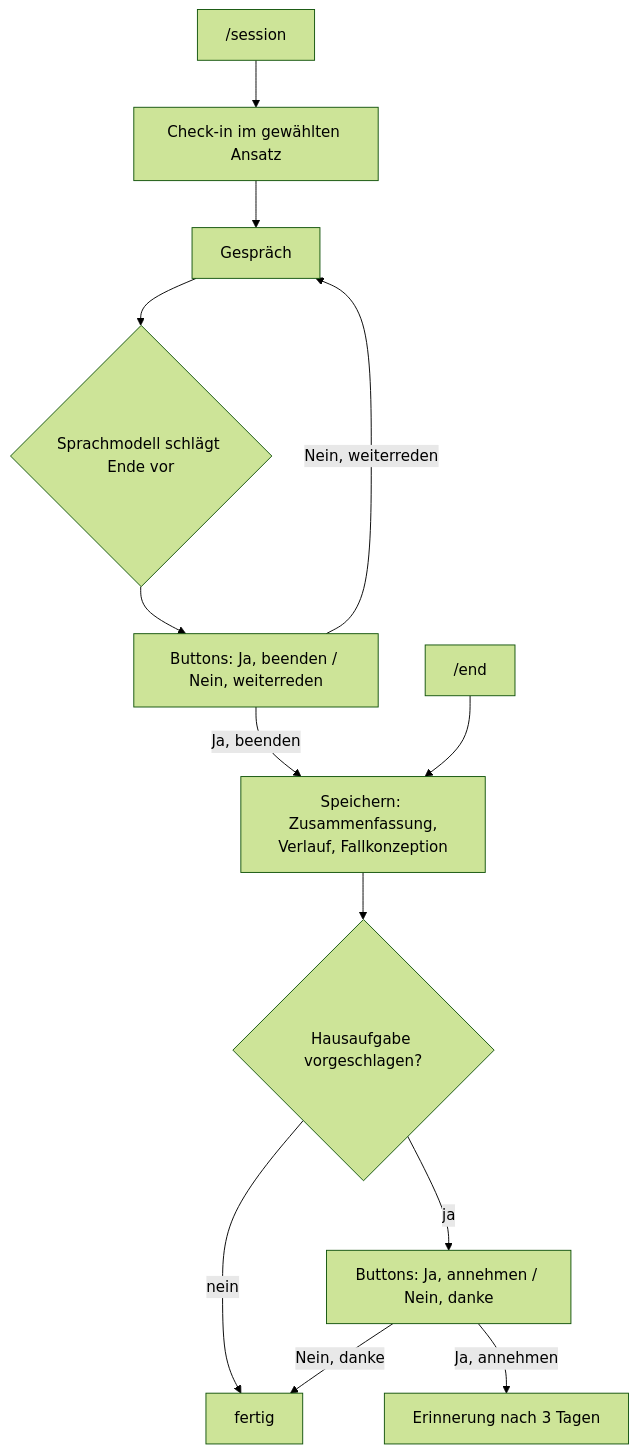
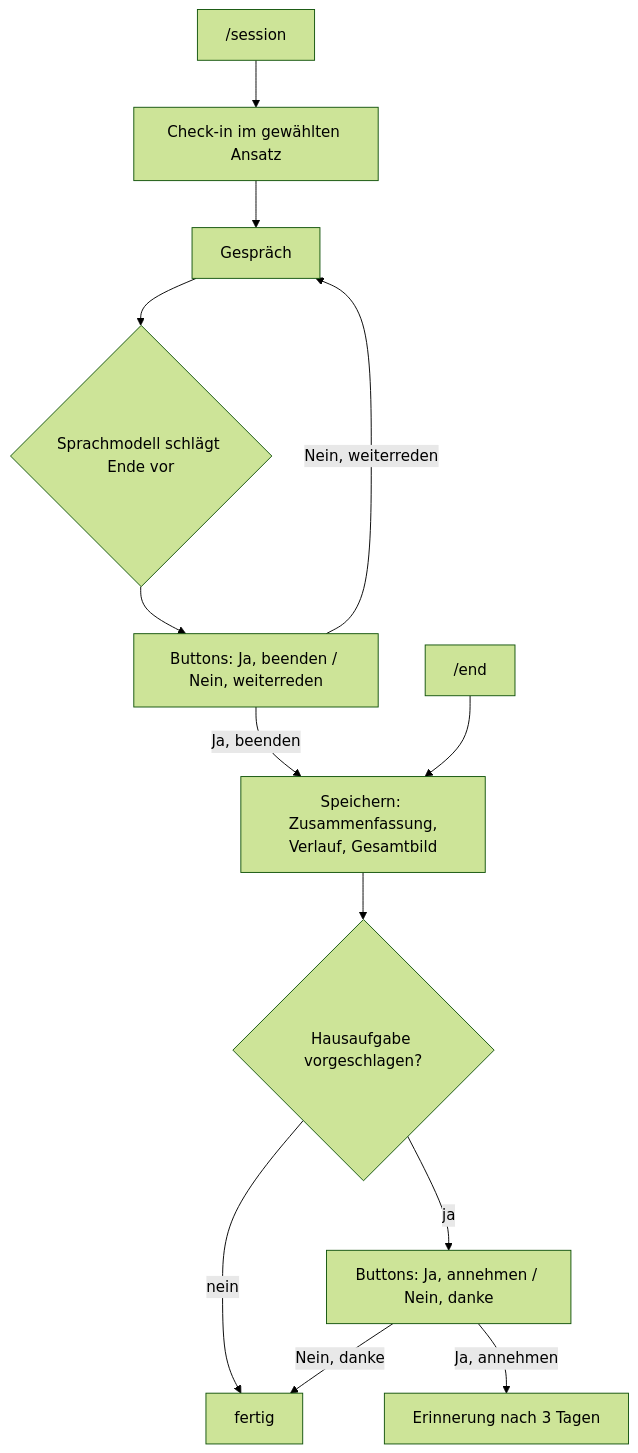
One commit to BlackMagicCoder/self-reflection-bot changed the second of 5 diagrams in README.md. Above: the diagram before and after it, drawn with Mermaid (forest theme). The commit also changed other lines of this file and 5 other files, not shown here.

````diff
--- a/README.md
+++ b/README.md
@@ -68,15 +68,15 @@
 ```mermaid
 flowchart TD
     S["/session"] --> CI["Check-in im gewählten Ansatz"]
     CI --> G["Gespräch"]
     G --> V{"Sprachmodell schlägt Ende vor"}
     V --> Q["Buttons: Ja, beenden / Nein, weiterreden"]
     Q -->|"Nein, weiterreden"| G
-    Q -->|"Ja, beenden"| F["Speichern: Zusammenfassung,<br/>Verlauf, Fallkonzeption"]
+    Q -->|"Ja, beenden"| F["Speichern: Zusammenfassung,<br/>Verlauf, Gesamtbild"]
     E["/end"] --> F
     F --> H{"Hausaufgabe vorgeschlagen?"}
     H -->|nein| X["fertig"]
     H -->|ja| HQ["Buttons: Ja, annehmen / Nein, danke"]
     HQ -->|"Ja, annehmen"| R["Erinnerung nach 3 Tagen"]
     HQ -->|"Nein, danke"| X
 ```
````
